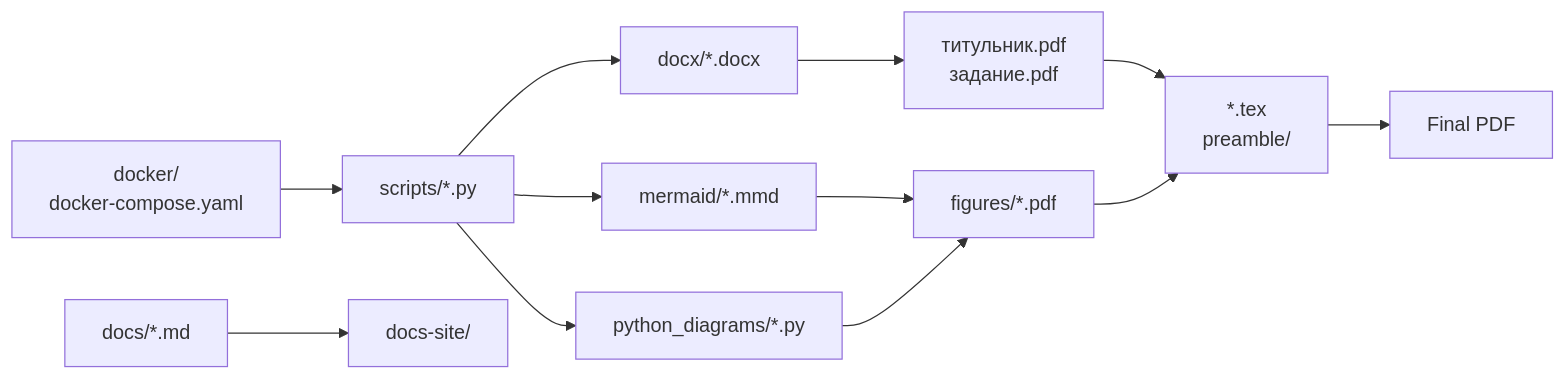
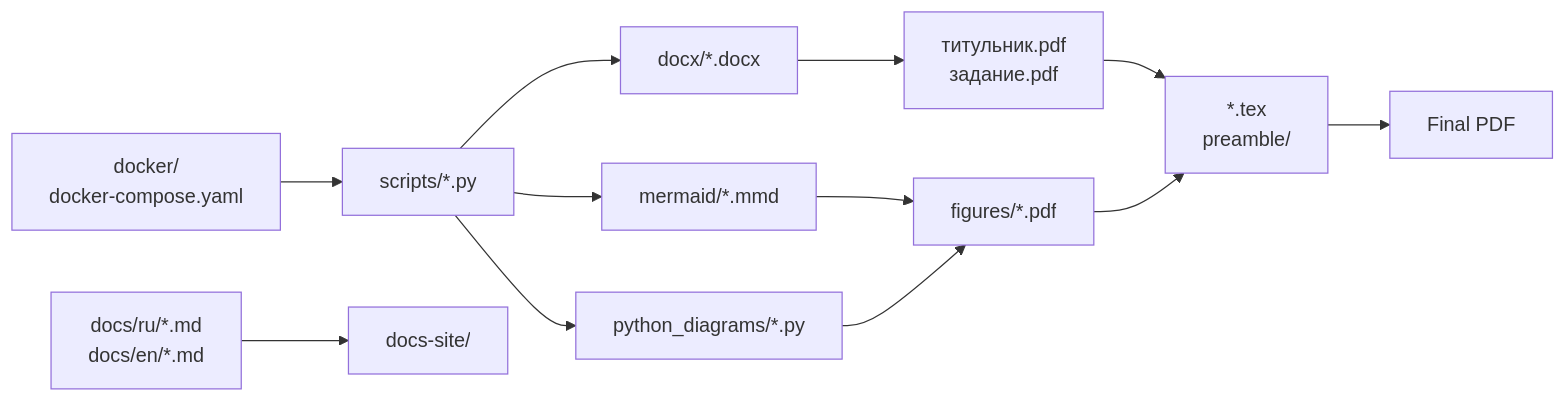
Before and after one commit to ethercod3/latex_thesis_template: the diagram in docs/en/project-structure.md, drawn with Mermaid. The commit also changed other lines of this file and 28 other files, not shown here.

````diff
--- a/docs/en/project-structure.md
+++ b/docs/en/project-structure.md
@@ -3,14 +3,14 @@
 ```mermaid
 flowchart LR
     TEX["*.tex<br/>preamble/"] --> PDF["Final PDF"]
     DOCX["docx/*.docx"] --> TITLE["титульник.pdf<br/>задание.pdf"]
     MMD["mermaid/*.mmd"] --> FIGURES["figures/*.pdf"]
     PYD["python_diagrams/*.py"] --> FIGURES
     TITLE --> TEX
     FIGURES --> TEX
     SCRIPTS["scripts/*.py"] --> DOCX
     SCRIPTS --> MMD
     SCRIPTS --> PYD
     DOCKER["docker/<br/>docker-compose.yaml"] --> SCRIPTS
-    DOCS["docs/*.md"] --> SITE["docs-site/"]
+    DOCS["docs/ru/*.md<br/>docs/en/*.md"] --> SITE["docs-site/"]
 ```
````
